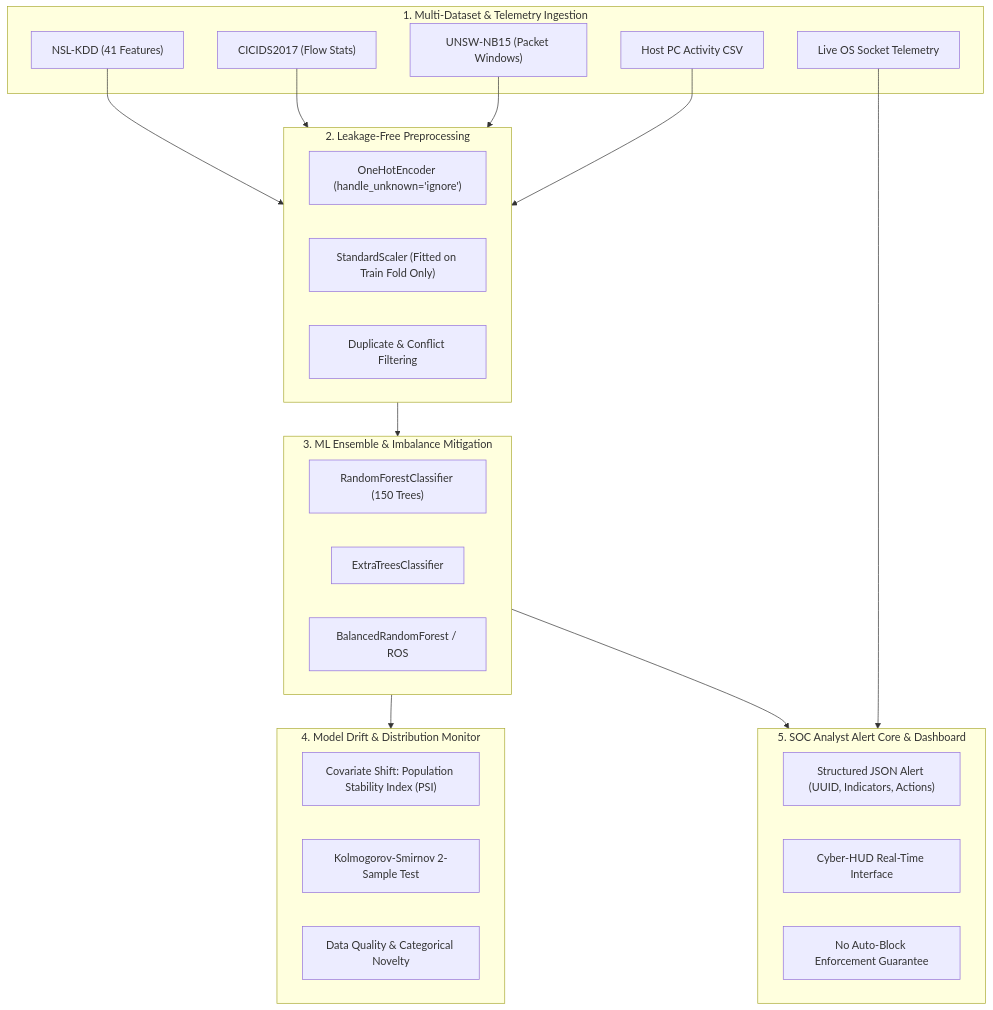
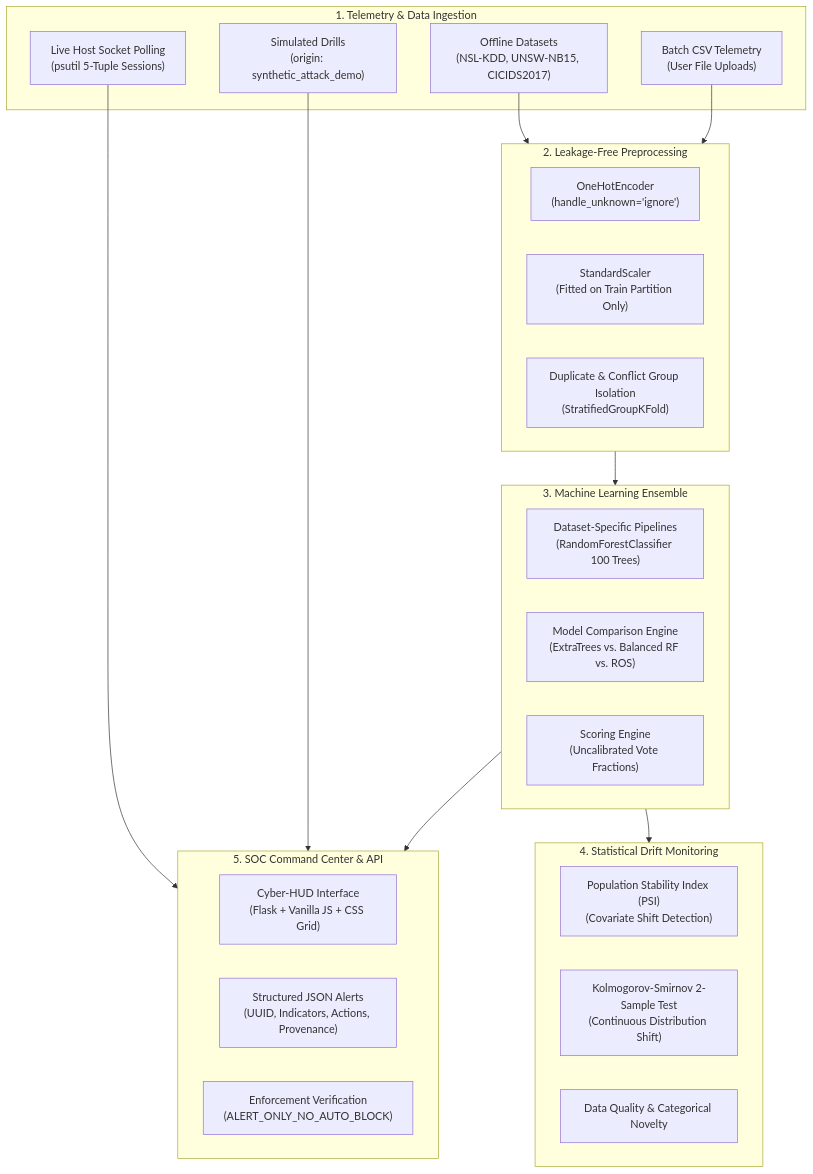
The diagram in README.md (Sanchitk99/intrusion-detection), drawn with Mermaid before and after one commit. The commit also changed other lines of this file and 1 other file, not shown here.

Commit message:
docs: finalize SENTINEL README with empirical benchmarks and technical architecture

````diff
--- a/README.md
+++ b/README.md
@@ -31,40 +56,41 @@
 ```mermaid
 flowchart TD
-    subgraph Ingestion["1. Multi-Dataset & Telemetry Ingestion"]
-        D1["NSL-KDD (41 Features)"]
-        D2["CICIDS2017 (Flow Stats)"]
-        D3["UNSW-NB15 (Packet Windows)"]
-        D4["Live OS Socket Telemetry"]
-        D5["Host PC Activity CSV"]
+    subgraph DataIngestion["1. Telemetry & Data Ingestion"]
+        D1["Offline Datasets<br/>(NSL-KDD, UNSW-NB15, CICIDS2017)"]
+        D2["Live Host Socket Polling<br/>(psutil 5-Tuple Sessions)"]
+        D3["Batch CSV Telemetry<br/>(User File Uploads)"]
+        D4["Simulated Drills<br/>(origin: synthetic_attack_demo)"]
     end
 
     subgraph Preprocessing["2. Leakage-Free Preprocessing"]
-        P1["OneHotEncoder (handle_unknown='ignore')"]
-        P2["StandardScaler (Fitted on Train Fold Only)"]
-        P3["Duplicate & Conflict Filtering"]
+        P1["OneHotEncoder<br/>(handle_unknown='ignore')"]
+        P2["StandardScaler<br/>(Fitted on Train Partition Only)"]
+        P3["Duplicate & Conflict Group Isolation<br/>(StratifiedGroupKFold)"]
     end
 
-    subgraph Modeling["3. ML Ensemble & Imbalance Mitigation"]
-        M1["RandomForestClassifier (150 Trees)"]
-        M2["ExtraTreesClassifier"]
-        M3["BalancedRandomForest / ROS"]
+    subgraph ModelCore["3. Machine Learning Ensemble"]
+        M1["Dataset-Specific Pipelines<br/>(RandomForestClassifier 100 Trees)"]
+        M2["Model Comparison Engine<br/>(ExtraTrees vs. Balanced RF vs. ROS)"]
+        M3["Scoring Engine<br/>(Uncalibrated Vote Fractions)"]
     end
 
-    subgraph Drift["4. Model Drift & Distribution Monitor"]
-        DF1["Covariate Shift: Population Stability Index (PSI)"]
-        DF2["Kolmogorov-Smirnov 2-Sample Test"]
+    subgraph Monitoring["4. Statistical Drift Monitoring"]
+        DF1["Population Stability Index (PSI)<br/>(Covariate Shift Detection)"]
+        DF2["Kolmogorov-Smirnov 2-Sample Test<br/>(Continuous Distribution Shift)"]
         DF3["Data Quality & Categorical Novelty"]
     end
 
-    subgraph SOC["5. SOC Analyst Alert Core & Dashboard"]
-        S1["Structured JSON Alert (UUID, Indicators, Actions)"]
-        S2["Cyber-HUD Real-Time Interface"]
-        S3["No Auto-Block Enforcement Guarantee"]
+    subgraph Presentation["5. SOC Command Center & API"]
+        S1["Cyber-HUD Interface<br/>(Flask + Vanilla JS + CSS Grid)"]
+        S2["Structured JSON Alerts<br/>(UUID, Indicators, Actions, Provenance)"]
+        S3["Enforcement Verification<br/>(ALERT_ONLY_NO_AUTO_BLOCK)"]
     end
 
-    D1 & D2 & D3 & D5 --> Preprocessing
-    Preprocessing --> Modeling
-    Modeling --> Drift
-    Modeling --> SOC
-    D4 --> SOC
+    D1 --> Preprocessing
+    Preprocessing --> ModelCore
+    D2 --> Presentation
+    D3 --> Preprocessing
+    D4 --> Presentation
+    ModelCore --> Presentation
+    ModelCore --> Monitoring
 ```
````
